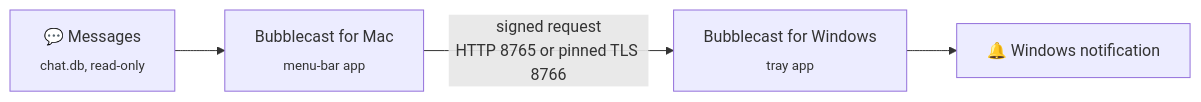
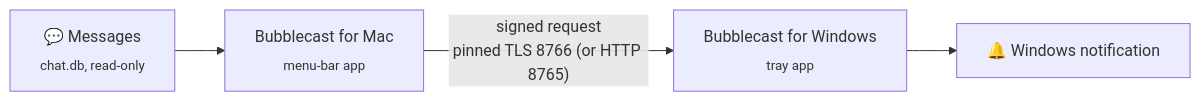
One commit to exelaguilar/bubblecast changed the diagram in README.md. Above: the diagram before and after it, drawn with Mermaid. The commit also changed other lines of this file and 37 other files, not shown here.

````diff
--- a/README.md
+++ b/README.md
@@ -50,6 +52,6 @@
 ```mermaid
 flowchart LR
     A["💬 Messages<br/><sub>chat.db, read-only</sub>"] --> B["Bubblecast for Mac<br/><sub>menu-bar app</sub>"]
-    B -- "signed request<br/>HTTP 8765 or pinned TLS 8766" --> C["Bubblecast for Windows<br/><sub>tray app</sub>"]
+    B -- "signed request<br/>pinned TLS 8766 (or HTTP 8765)" --> C["Bubblecast for Windows<br/><sub>tray app</sub>"]
     C --> D["🔔 Windows notification"]
 ```
````
